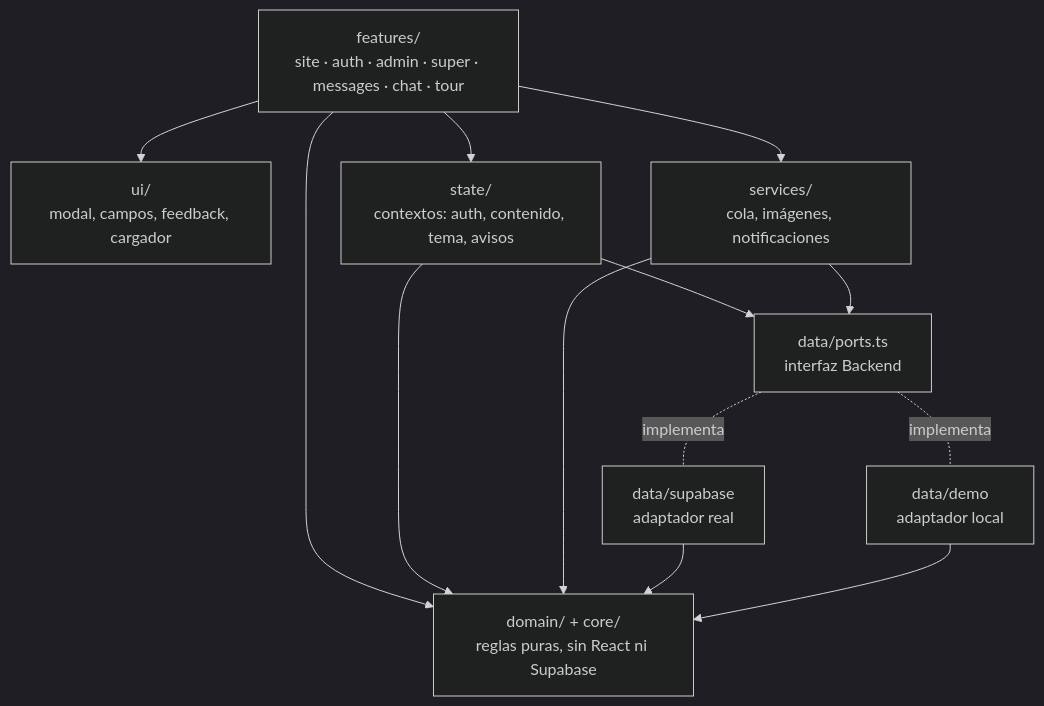
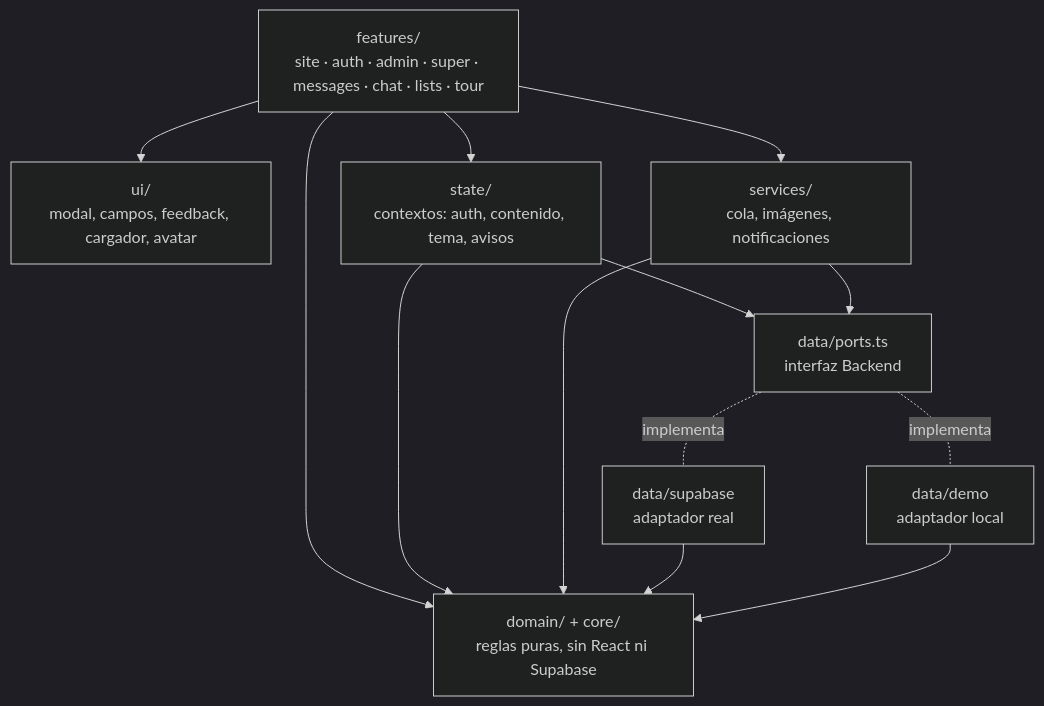
One commit to Juan-Carlos-Estevez-Vargas/Camila-Sanchez changed the second of 24 diagrams in docs/DIAGRAMAS.md. Above: the diagram before and after it, drawn with Mermaid (dark theme). The commit also changed other lines of this file and 1 other file, not shown here.

First line of the commit message:
docs: diagramas y arquitectura del perfil y del arreglo responsive

````diff
--- a/docs/DIAGRAMAS.md
+++ b/docs/DIAGRAMAS.md
@@ -67,18 +68,18 @@
 ```mermaid
 flowchart TB
-  F["features/<br/>site · auth · admin · super · messages · chat · tour"]
-  UI["ui/<br/>modal, campos, feedback, cargador"]
+  F["features/<br/>site · auth · admin · super · messages · chat · lists · tour"]
+  UI["ui/<br/>modal, campos, feedback, cargador, avatar"]
   S["state/<br/>contextos: auth, contenido, tema, avisos"]
   SV["services/<br/>cola, imágenes, notificaciones"]
   P["data/ports.ts<br/>interfaz Backend"]
   A1["data/supabase<br/>adaptador real"]
   A2["data/demo<br/>adaptador local"]
   D["domain/ + core/<br/>reglas puras, sin React ni Supabase"]
 
   F --> UI & S & SV & D
   S --> P
   SV --> P
   P -. "implementa" .- A1
   P -. "implementa" .- A2
   S & SV & A1 & A2 --> D
 ```
````
